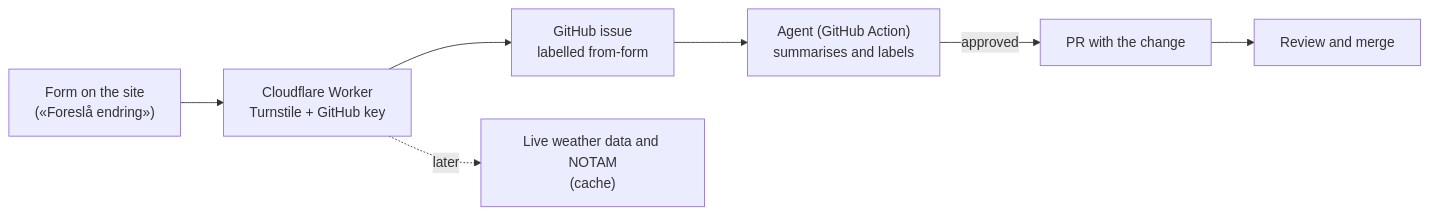
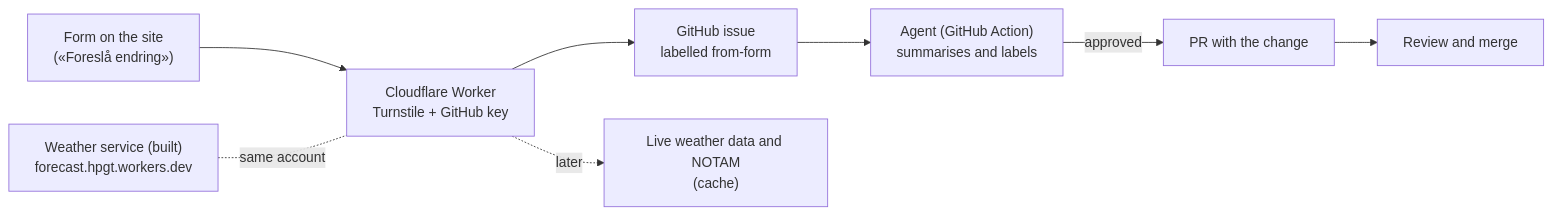
The sixth of 6 diagrams in docs/architecture.md (hpgt-com/flying-sites), drawn with Mermaid before and after one commit. The commit also changed other lines of this file and 22 other files, not shown here.

````diff
--- a/docs/architecture.md
+++ b/docs/architecture.md
@@ -271,9 +278,10 @@
 ```mermaid
 flowchart LR
   form["Form on the site<br/>(«Foreslå endring»)"] --> worker["Cloudflare Worker<br/>Turnstile + GitHub key"]
   worker --> issue["GitHub issue<br/>labelled from-form"]
   issue --> agent["Agent (GitHub Action)<br/>summarises and labels"]
   agent -- "approved" --> pr["PR with the change"]
   pr --> review["Review and merge"]
   worker -. "later" .-> live["Live weather data and NOTAM<br/>(cache)"]
+  forecast["Weather service (built)<br/>forecast.hpgt.workers.dev"] -. "same account" .- worker
 ```
````
